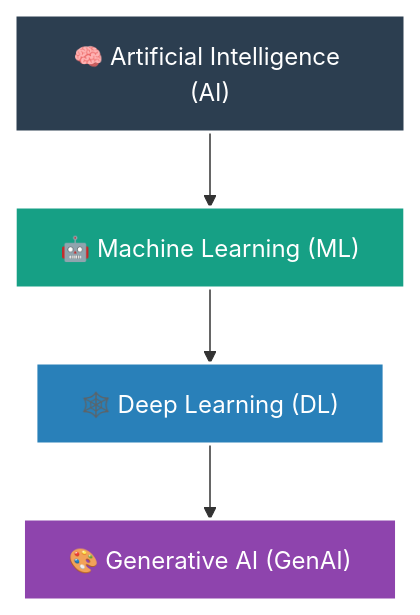
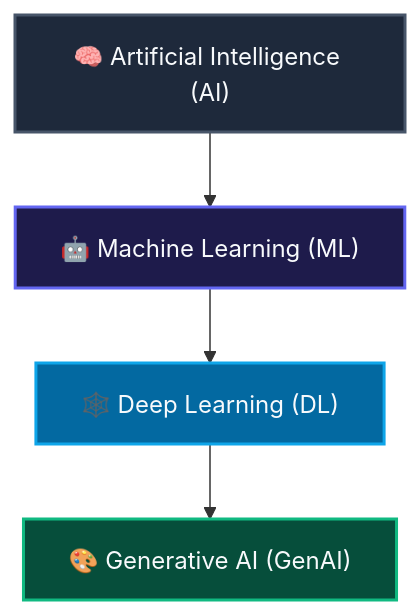
Before and after one commit to AmitBhagat/aws-ai-practitioner: the diagram in detailed_topics/02_foundational_concepts.md, drawn with Mermaid. The commit also changed other lines of this file and 12643 other files, not shown here.

````diff
--- a/detailed_topics/02_foundational_concepts.md
+++ b/detailed_topics/02_foundational_concepts.md
@@ -10,11 +10,11 @@
 ```mermaid
 graph TD
-    classDef ai fill:#2c3e50,stroke:#fff,stroke-width:2px,color:#fff;
-    classDef ml fill:#16a085,stroke:#fff,stroke-width:2px,color:#fff;
-    classDef dl fill:#2980b9,stroke:#fff,stroke-width:2px,color:#fff;
-    classDef genfill fill:#8e44ad,stroke:#fff,stroke-width:2px,color:#fff;
+    classDef ai fill:#1e293b,stroke:#475569,color:#f8fafc,stroke-width:2px;
+    classDef ml fill:#1e1b4b,stroke:#6366f1,color:#f8fafc,stroke-width:2px;
+    classDef dl fill:#0369a1,stroke:#0ea5e9,color:#f8fafc,stroke-width:2px;
+    classDef genfill fill:#064e3b,stroke:#10b981,color:#f8fafc,stroke-width:2px;
 
     AI["🧠 Artificial Intelligence (AI)"]:::ai --> ML["🤖 Machine Learning (ML)"]:::ml
     ML --> DL["🕸️ Deep Learning (DL)"]:::dl
     DL --> Gen["🎨 Generative AI (GenAI)"]:::genfill
 ```
````
